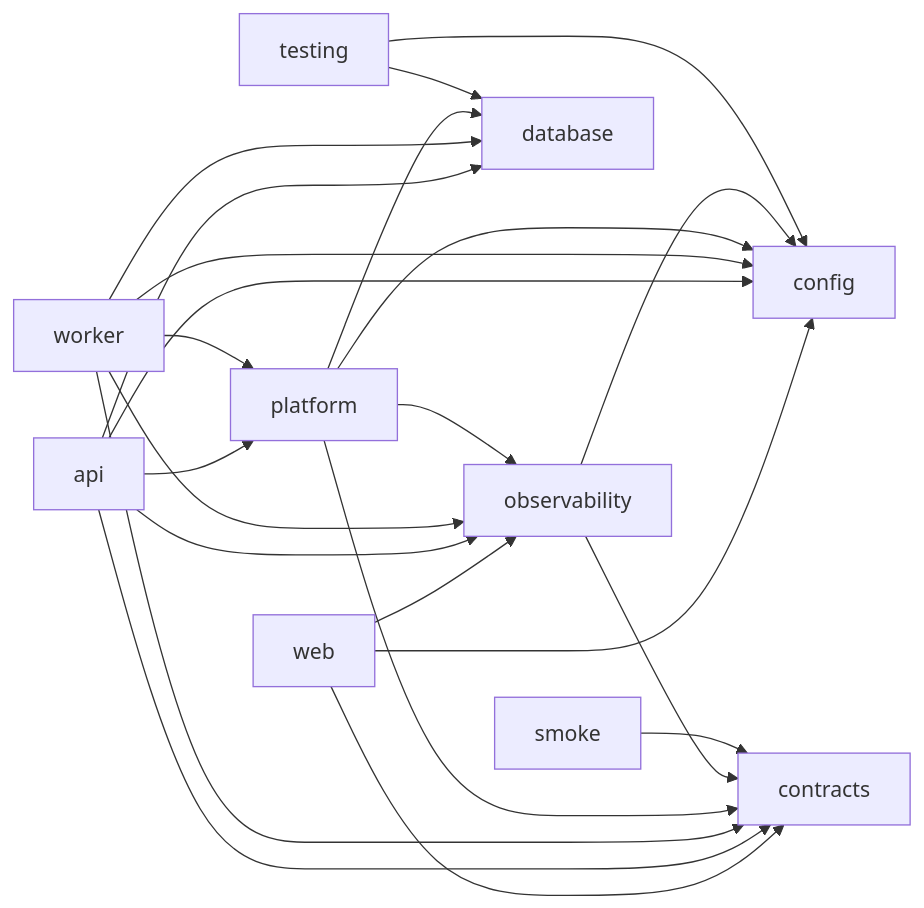
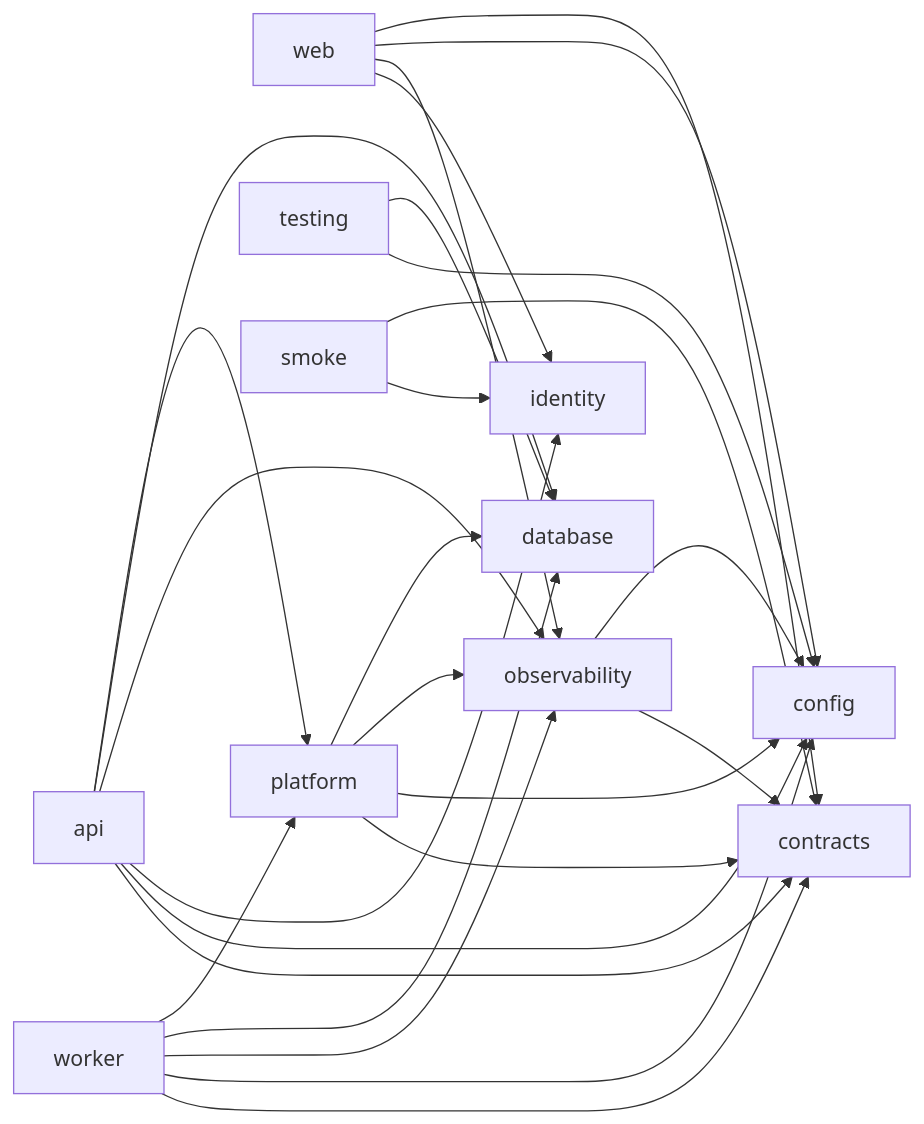
Before and after one commit to dukm20/bananagig.com: the first of 2 diagrams in docs/engineering/APPLICATION_ARCHITECTURE.md, drawn with Mermaid. The commit also changed other lines of this file and 84 other files, not shown here.

Commit message:
feat(INF-004): add Keycloak identity baseline with PKCE web session and API token validation

````diff
--- a/docs/engineering/APPLICATION_ARCHITECTURE.md
+++ b/docs/engineering/APPLICATION_ARCHITECTURE.md
@@ -26,25 +27,28 @@
 ```mermaid
 graph LR
   web --> contracts
   web --> config
   web --> observability
+  web --> identity
   api --> platform
   api --> database
   api --> observability
+  api --> identity
   api --> config
   api --> contracts
   worker --> platform
   worker --> database
   worker --> observability
   worker --> config
   worker --> contracts
   platform --> database
   platform --> observability
   platform --> config
   platform --> contracts
   observability --> config
   observability --> contracts
   testing --> database
   testing --> config
   smoke --> contracts
+  smoke --> identity
 ```
````
